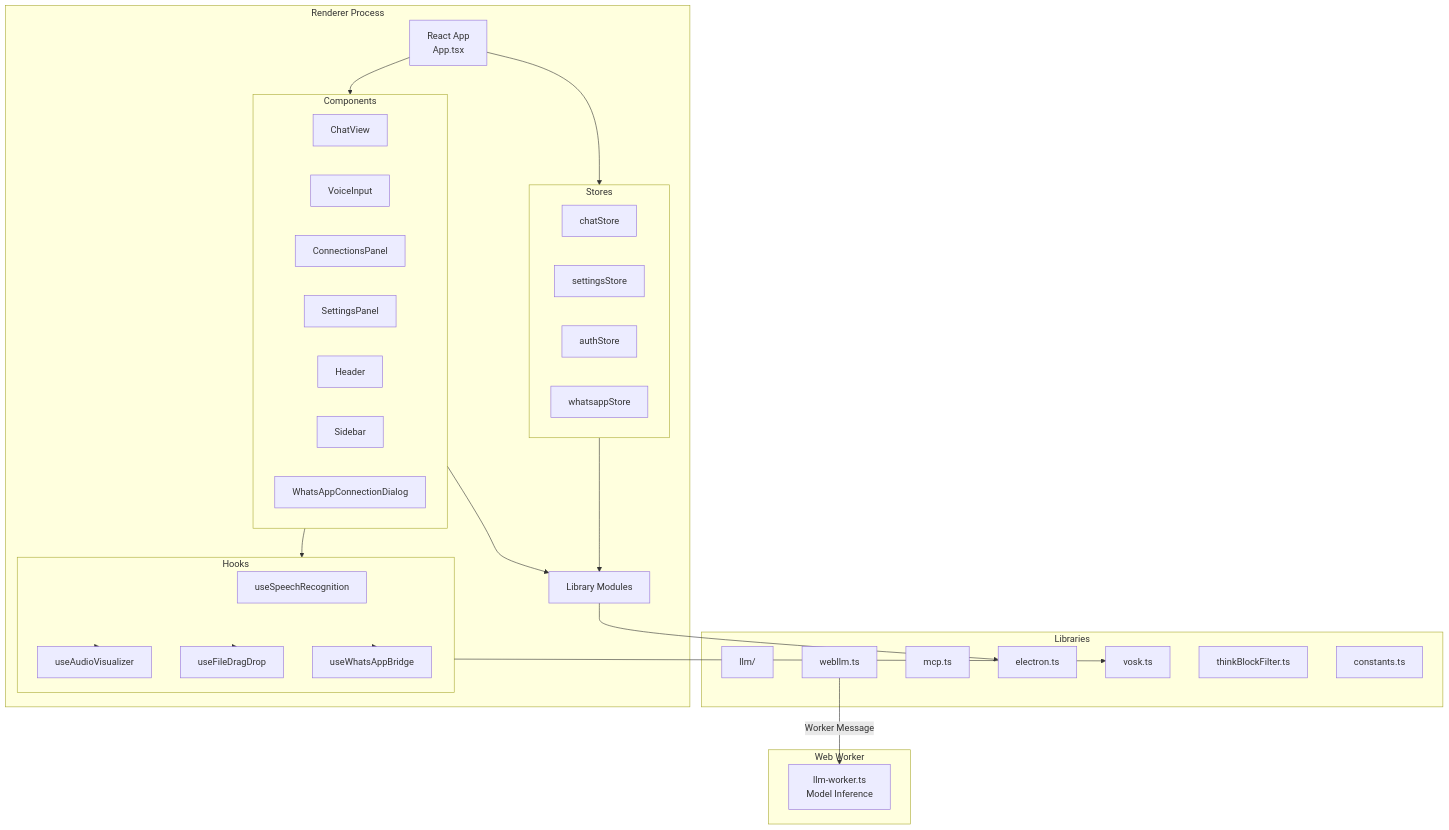
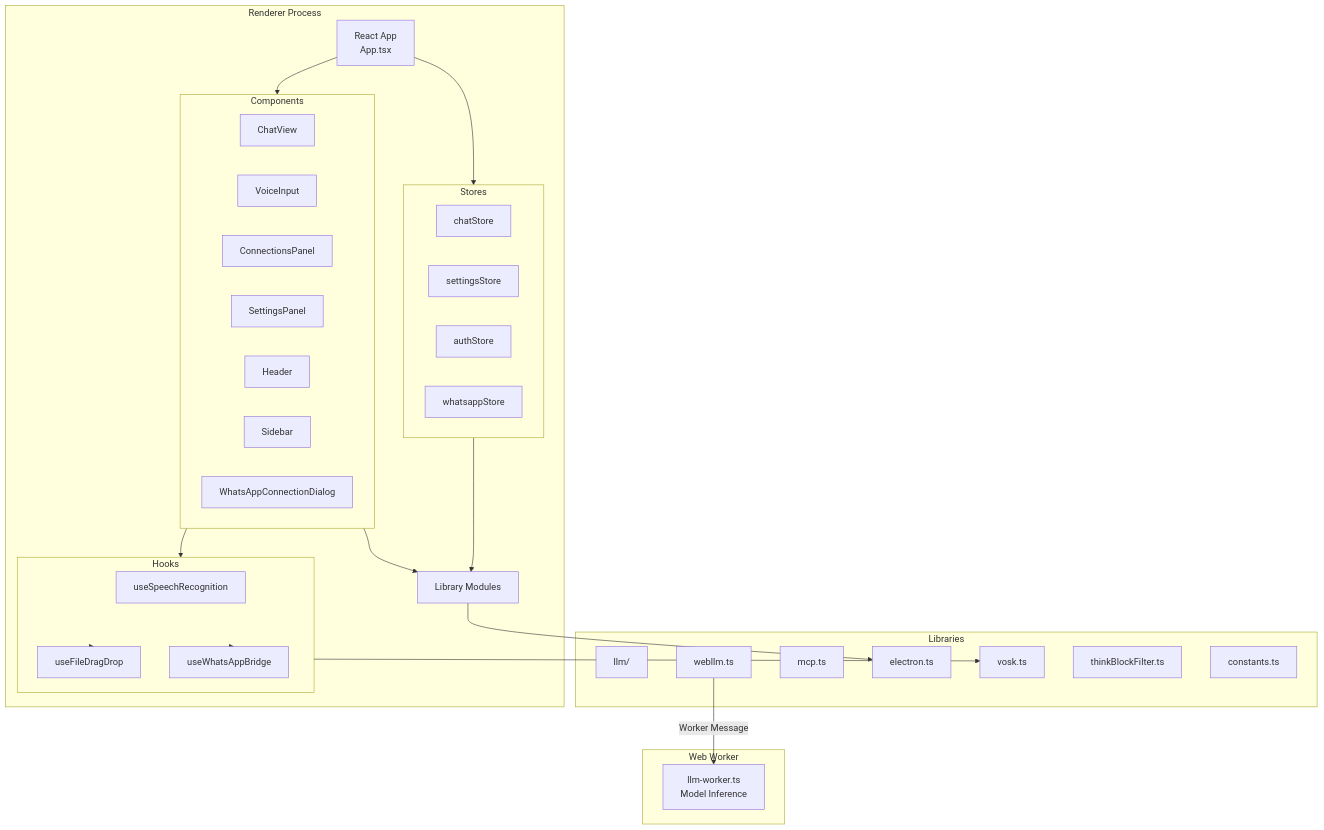
The fifth of 36 diagrams in architecture.md (meharajM/ai-worker-desktop), drawn with Mermaid before and after one commit. The commit also changed other lines of this file, not shown here.

Commit message:
docs: update renderer architecture diagrams

````diff
--- a/architecture.md
+++ b/architecture.md
@@ -192,61 +192,59 @@
 ```mermaid
 graph TB
     subgraph "Renderer Process"
         ReactApp[React App<br/>App.tsx]
         Components[UI Components]
         Stores[Zustand Stores]
         Lib[Library Modules]
         Hooks[Custom Hooks]
     end
 
     subgraph "Components"
         ChatView[ChatView]
         VoiceInput[VoiceInput]
         ConnectionsPanel[ConnectionsPanel]
         SettingsPanel[SettingsPanel]
         Header[Header]
         Sidebar[Sidebar]
         WhatsAppDialog[WhatsAppConnectionDialog]
     end
 
     subgraph "Stores"
         ChatStore[chatStore]
         SettingsStore[settingsStore]
         AuthStore[authStore]
         WhatsAppStore[whatsappStore]
     end
 
     subgraph "Libraries"
         LLMLib[llm/]
         WebLLMLib[webllm.ts]
         MCPLib[mcp.ts]
         ElectronLib[electron.ts]
         VoskLib[vosk.ts]
         ThinkFilter[thinkBlockFilter.ts]
         Constants[constants.ts]
     end
 
     subgraph "Hooks"
          UseSpeech[useSpeechRecognition]
-         UseVisualizer[useAudioVisualizer]
          UseDragDrop[useFileDragDrop]
          UseWhatsAppBridge[useWhatsAppBridge]
     end
 
     ReactApp --> Components
     ReactApp --> Stores
     Components --> Lib
     Components --> Hooks
     Hooks --> VoskLib
-    Hooks --> UseVisualizer
     Hooks --> UseDragDrop
     Hooks --> UseWhatsAppBridge
     Stores --> Lib
     Lib --> ElectronLib
     
     subgraph "Web Worker"
         LLMWorker[llm-worker.ts<br/>Model Inference]
     end
     
     WebLLMLib -->|Worker Message| LLMWorker
 ```
````
